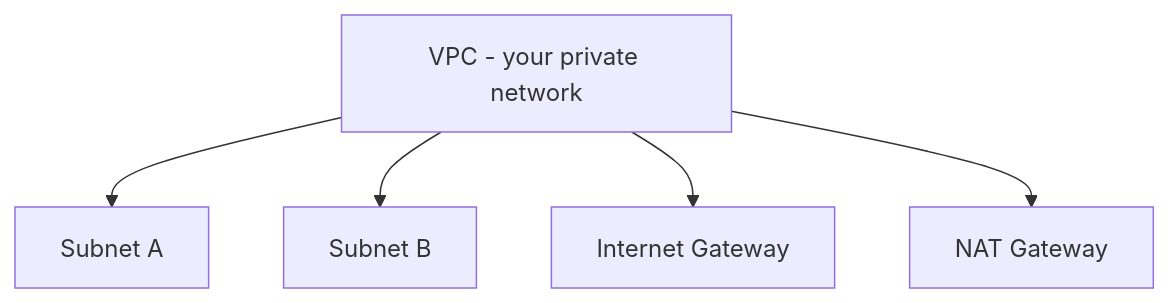
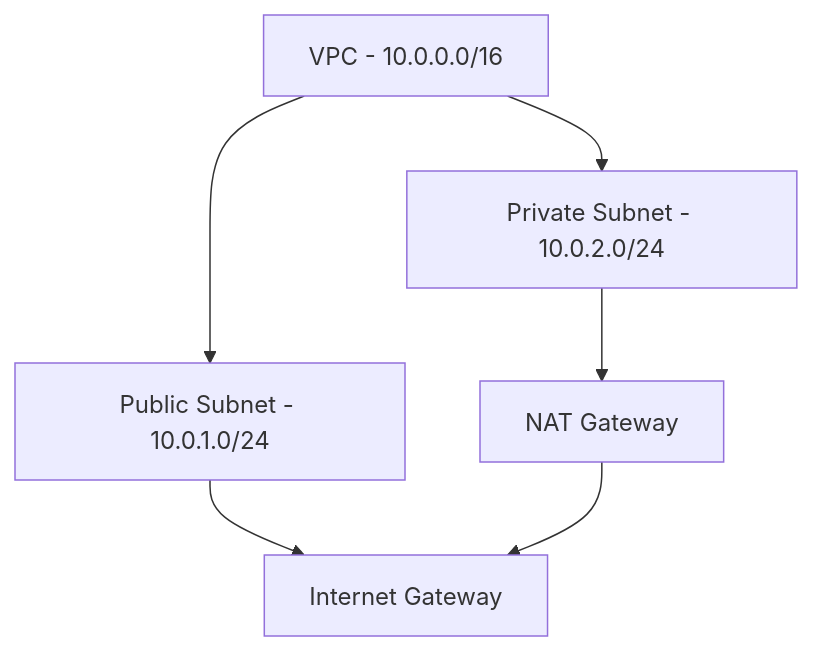
The second of 3 diagrams in devops-crash-course/docs/day-03-linux-essentials.md (suryanaveen123/devops-crash-course), drawn with Mermaid before and after one commit. The commit also changed other lines of this file, not shown here.

````diff
--- a/devops-crash-course/docs/day-03-linux-essentials.md
+++ b/devops-crash-course/docs/day-03-linux-essentials.md
@@ -110,13 +751,14 @@
 ```mermaid
 flowchart TB
-  VPC[VPC - your private network]
-  Sub1[Subnet A]
-  Sub2[Subnet B]
+  VPC[VPC - 10.0.0.0/16]
+  Sub1[Public Subnet - 10.0.1.0/24]
+  Sub2[Private Subnet - 10.0.2.0/24]
   IGW[Internet Gateway]
   NAT[NAT Gateway]
 
   VPC --> Sub1
   VPC --> Sub2
-  VPC --> IGW
-  VPC --> NAT
+  Sub1 --> IGW
+  Sub2 --> NAT
+  NAT --> IGW
 ```
````
